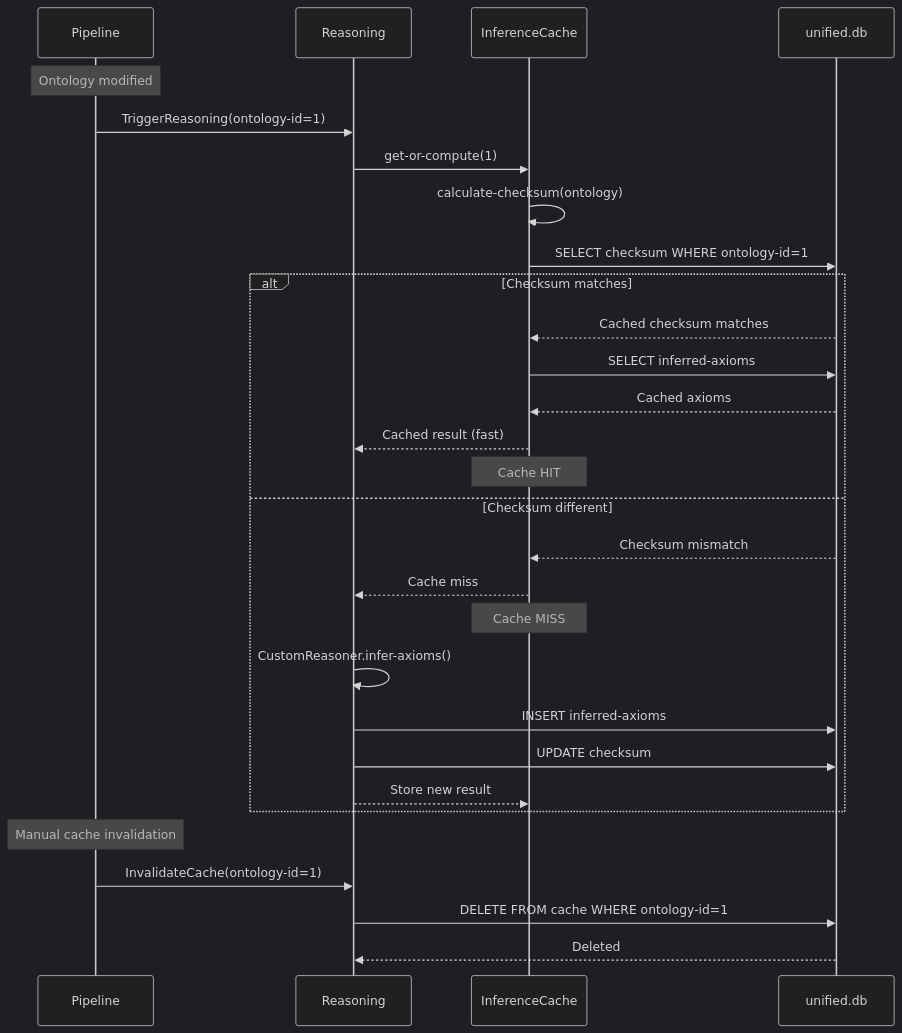
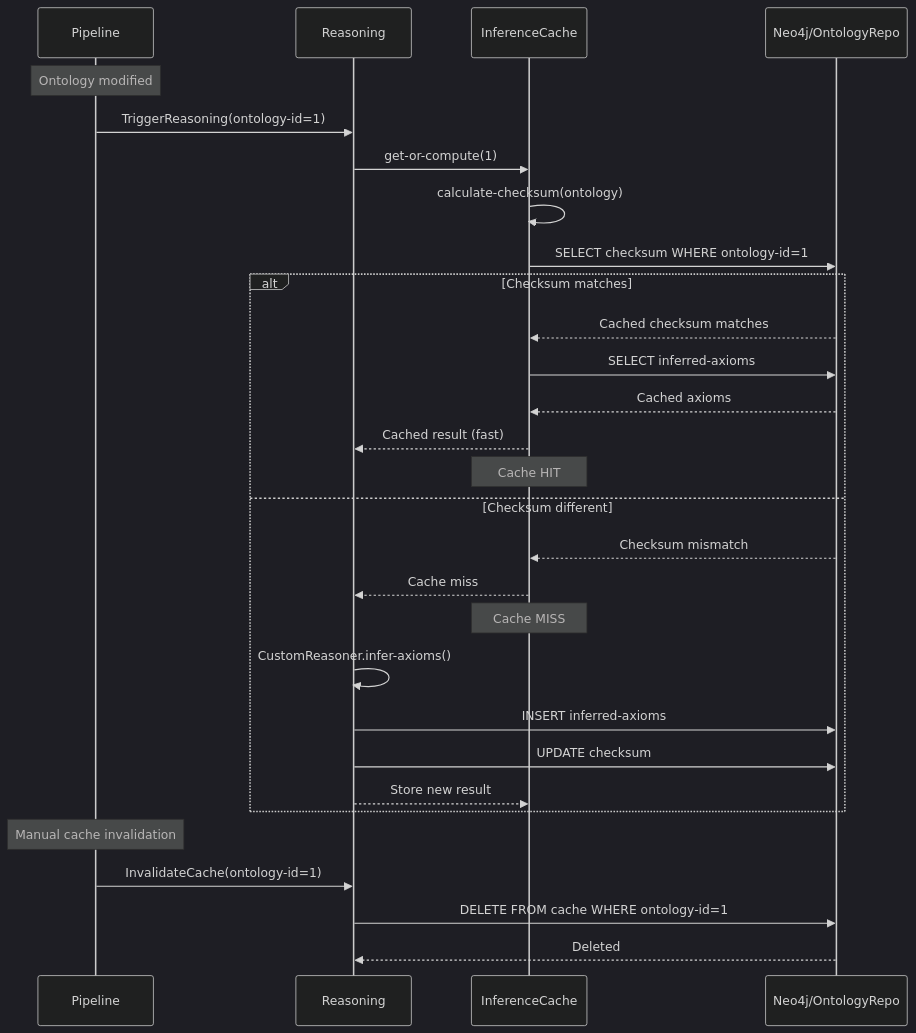
The fifth of 9 diagrams in docs/explanation/architecture/pipeline-sequence-diagrams.md (DreamLab-AI/VisionFlow), drawn with Mermaid (dark theme) before and after one commit. The commit also changed other lines of this file and 22 other files, not shown here.

````diff
--- a/docs/explanation/architecture/pipeline-sequence-diagrams.md
+++ b/docs/explanation/architecture/pipeline-sequence-diagrams.md
@@ -237,37 +237,37 @@
 ```mermaid
 sequenceDiagram
     participant Pipeline
     participant Reasoning
     participant Cache as InferenceCache
-    participant DB as unified.db
+    participant DB as Neo4j/OntologyRepo
 
     Note over Pipeline: Ontology modified
     Pipeline->>Reasoning: TriggerReasoning(ontology-id=1)
 
     Reasoning->>Cache: get-or-compute(1)
     Cache->>Cache: calculate-checksum(ontology)
     Cache->>DB: SELECT checksum WHERE ontology-id=1
 
     alt Checksum matches
         DB-->>Cache: Cached checksum matches
         Cache->>DB: SELECT inferred-axioms
         DB-->>Cache: Cached axioms
         Cache-->>Reasoning: Cached result (fast)
         Note over Cache: Cache HIT
     else Checksum different
         DB-->>Cache: Checksum mismatch
         Cache-->>Reasoning: Cache miss
         Note over Cache: Cache MISS
 
         Reasoning->>Reasoning: CustomReasoner.infer-axioms()
         Reasoning->>DB: INSERT inferred-axioms
         Reasoning->>DB: UPDATE checksum
 
         Reasoning-->>Cache: Store new result
     end
 
     Note over Pipeline: Manual cache invalidation
     Pipeline->>Reasoning: InvalidateCache(ontology-id=1)
     Reasoning->>DB: DELETE FROM cache WHERE ontology-id=1
     DB-->>Reasoning: Deleted
 ```
````
